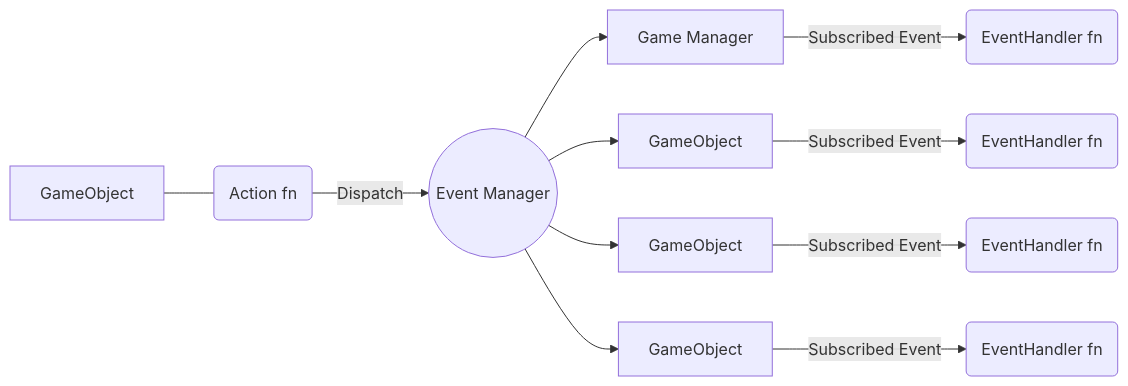
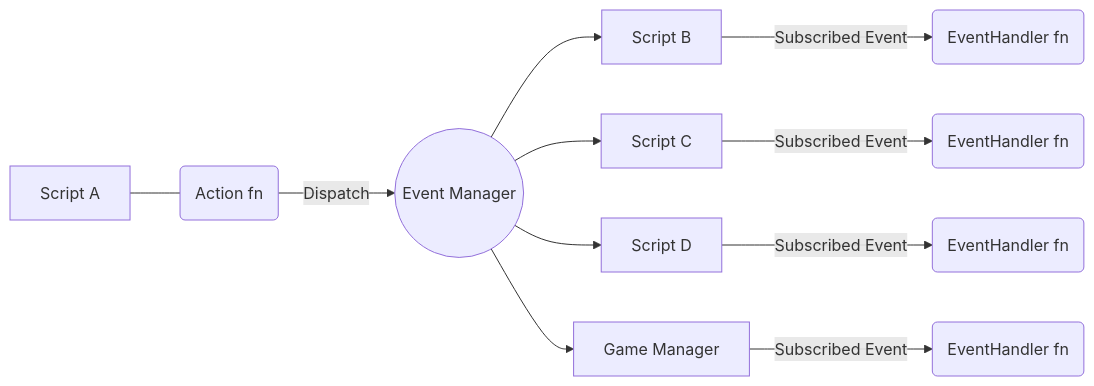
The diagram in README.md (gsg-jay/GamePatterns), drawn with Mermaid before and after one commit.

````diff
--- a/README.md
+++ b/README.md
@@ -3,9 +3,9 @@
 ```mermaid
 graph LR;
-c0["GameObject"]---a
+c0["Script A"]---a
 a("Action fn")-->|Dispatch|em(("Event Manager"))
-em-->gm["Game Manager"]-->|Subscribed Event|eh1("EventHandler fn")
-em-->c2["GameObject"]-->|Subscribed Event|eh2("EventHandler fn")
-em-->c3["GameObject"]-->|Subscribed Event|eh3("EventHandler fn")
-em-->c4["GameObject"]-->|Subscribed Event|eh4("EventHandler fn")
+em-->c1["Script B"]-->|Subscribed Event|eh1("EventHandler fn")
+em-->c2["Script C"]-->|Subscribed Event|eh2("EventHandler fn")
+em-->c3["Script D"]-->|Subscribed Event|eh3("EventHandler fn")
+em-->gm["Game Manager"]-->|Subscribed Event|eh4("EventHandler fn")
 ```
````
